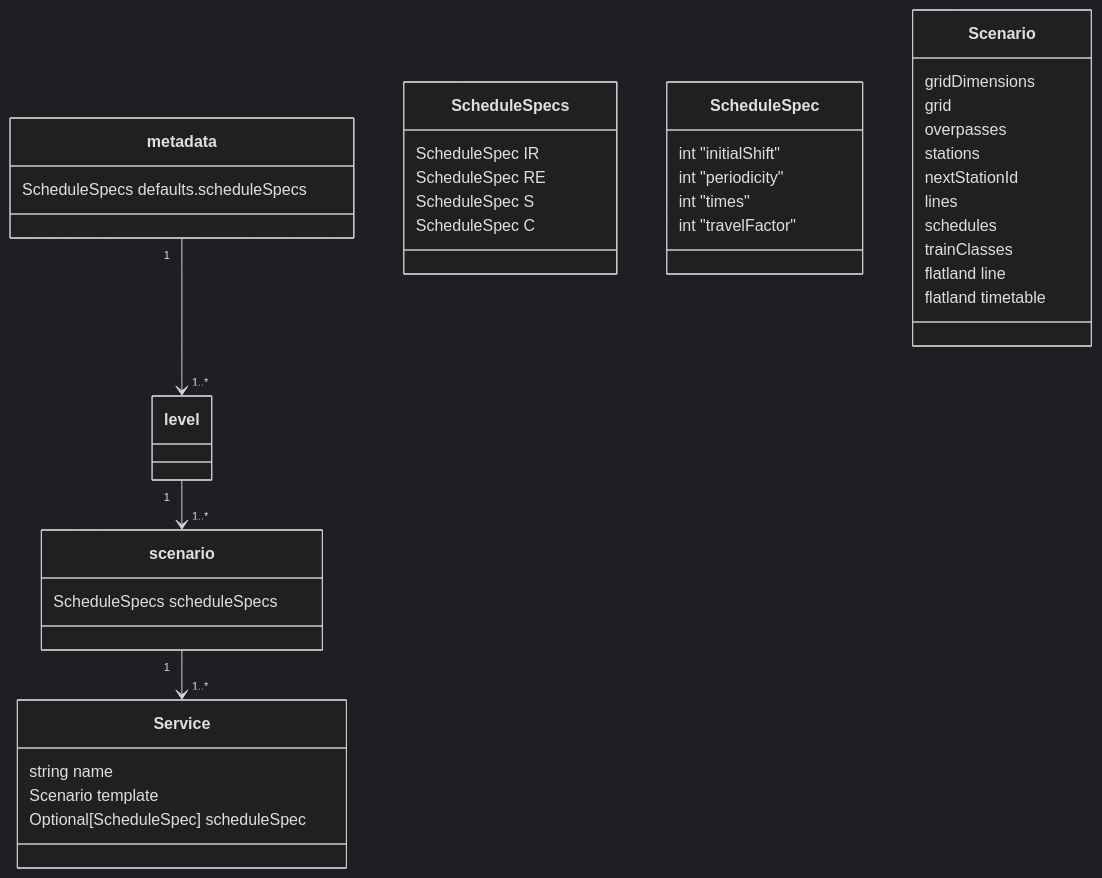
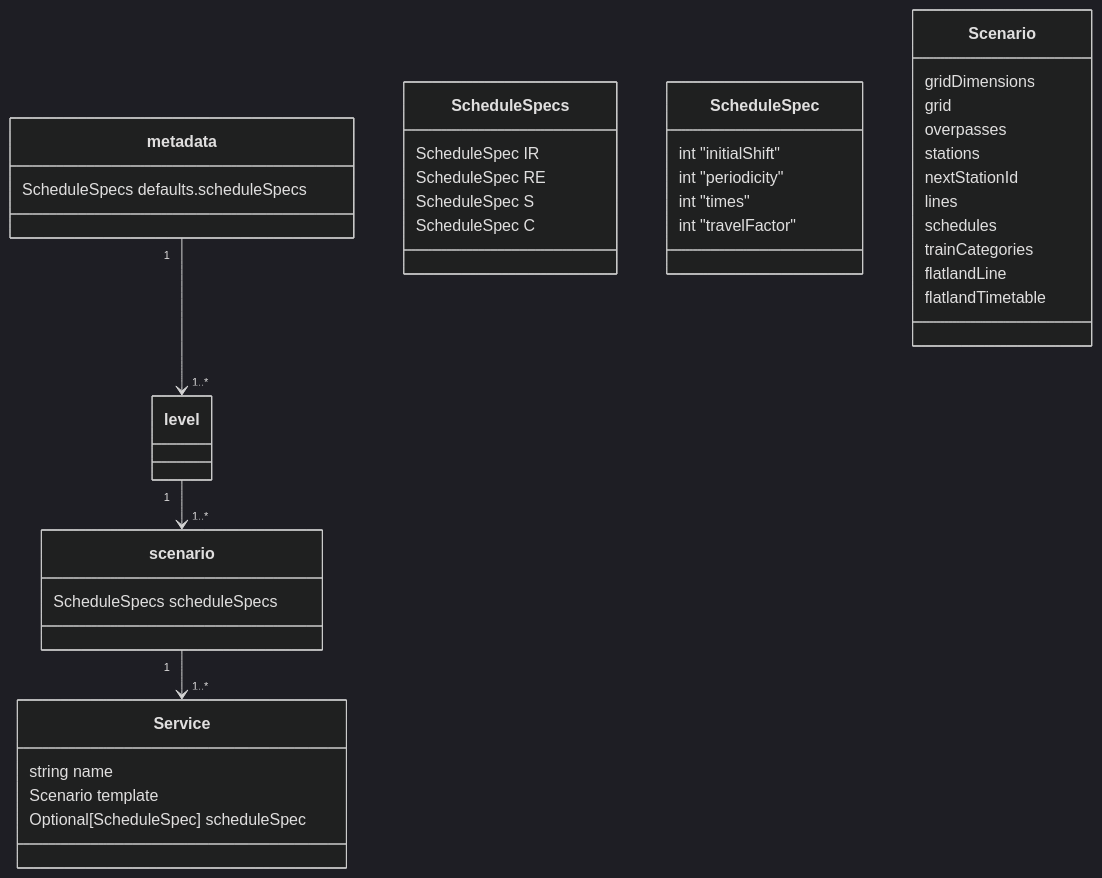
The first of 3 diagrams in scenario_generator/README.md (flatland-association/flatland-scenarios), drawn with Mermaid (dark theme) before and after one commit. The commit also changed 1 other file, not shown here.

Commit message:
refactor: change keys to latest changes in drawing tool

````diff
--- a/scenario_generator/README.md
+++ b/scenario_generator/README.md
@@ -21,43 +21,43 @@
 ```mermaid
 classDiagram
   class metadata {
     ScheduleSpecs defaults.scheduleSpecs
   }
   class scenario {
     ScheduleSpecs scheduleSpecs
   }
   metadata "1" --> "1..*" level
   level "1" --> "1..*" scenario
   scenario "1" --> "1..*" Service
   class ScheduleSpecs {
     ScheduleSpec IR
     ScheduleSpec RE
     ScheduleSpec S
     ScheduleSpec C
   }
   class ScheduleSpec {
     int "initialShift"
     int "periodicity"
     int "times"
     int "travelFactor"
   }
   class Service {
     string name
     Scenario template
     Optional[ScheduleSpec] scheduleSpec
   }
 
   class Scenario {
     gridDimensions
     grid
     overpasses
     stations
     nextStationId
     lines
     schedules
-    trainClasses
-    flatland line
-    flatland timetable
+    trainCategories
+    flatlandLine
+    flatlandTimetable
   }
 
 ```
````
